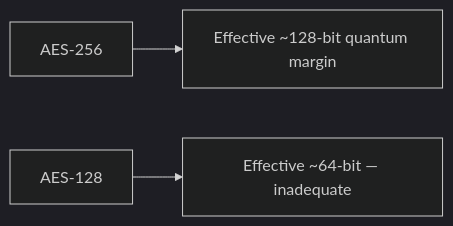
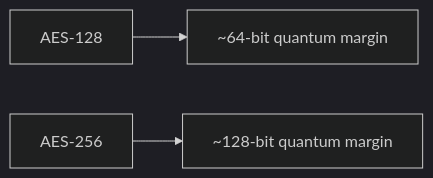
The third of 3 diagrams in manuscript/chapters/03-quantum-attacks.md (kalyogyogi-ui/Ai-check-), drawn with Mermaid (dark theme) before and after one commit. The commit also changed other lines of this file and 31 other files, not shown here.

First line of the commit message:
Fix figure placement: in-section after intro text, repair corrupted headings

````diff
--- a/manuscript/chapters/03-quantum-attacks.md
+++ b/manuscript/chapters/03-quantum-attacks.md
@@ -56,5 +196,5 @@
 ```mermaid
 flowchart LR
-  AES256[AES-256] --> Eff128[Effective ~128-bit quantum margin]
-  AES128[AES-128] --> Eff64[Effective ~64-bit — inadequate]
+  AES128[AES-128] --> G128[~64-bit quantum margin]
+  AES256[AES-256] --> G256[~128-bit quantum margin]
 ```
````
